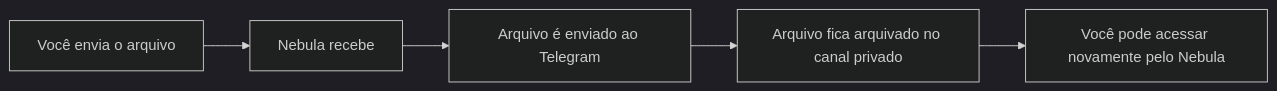
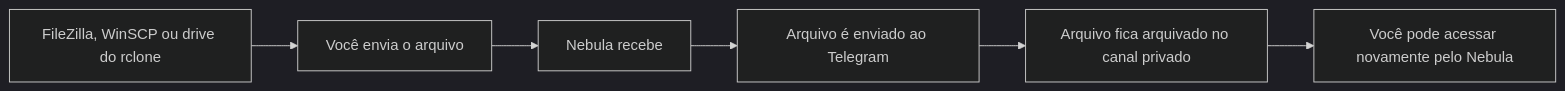
Before and after one commit to jeffbart/NebulaLocal: the second of 2 diagrams in docs/MAPA_MENTAL.md, drawn with Mermaid (dark theme). The commit also changed other lines of this file, not shown here.

Commit message:
docs: explica acesso como drive com rclone

````diff
--- a/docs/MAPA_MENTAL.md
+++ b/docs/MAPA_MENTAL.md
@@ -34,7 +41,8 @@
 ```mermaid
 flowchart LR
-    A[Você envia o arquivo] --> B[Nebula recebe]
-    B --> C[Arquivo é enviado ao Telegram]
-    C --> D[Arquivo fica arquivado no canal privado]
-    D --> E[Você pode acessar novamente pelo Nebula]
+    A[FileZilla, WinSCP ou drive do rclone] --> B[Você envia o arquivo]
+    B --> C[Nebula recebe]
+    C --> D[Arquivo é enviado ao Telegram]
+    D --> E[Arquivo fica arquivado no canal privado]
+    E --> F[Você pode acessar novamente pelo Nebula]
 ```
````
